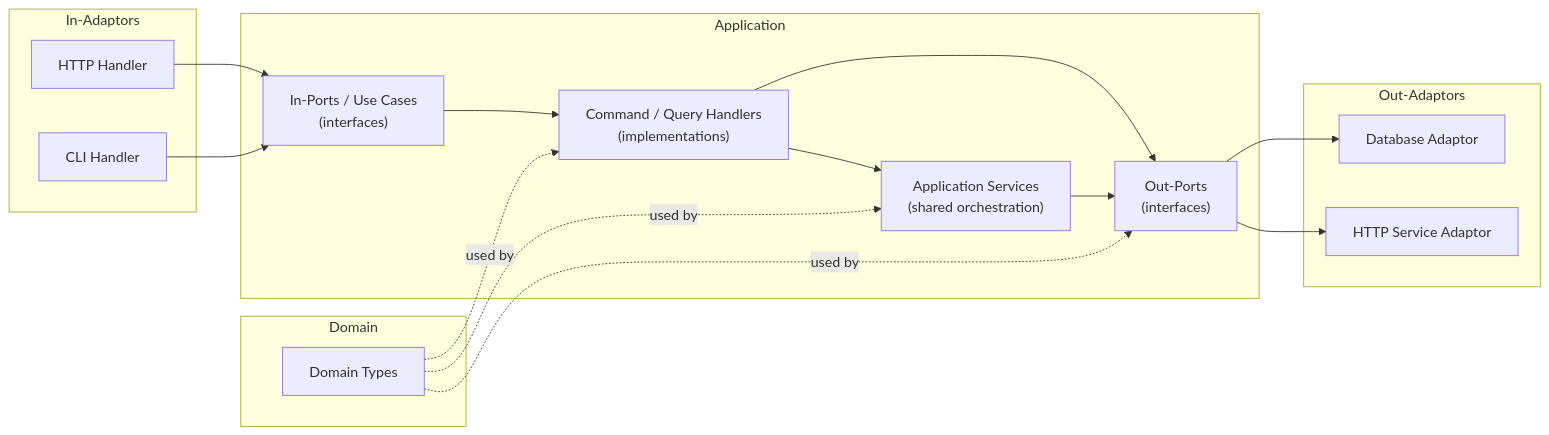
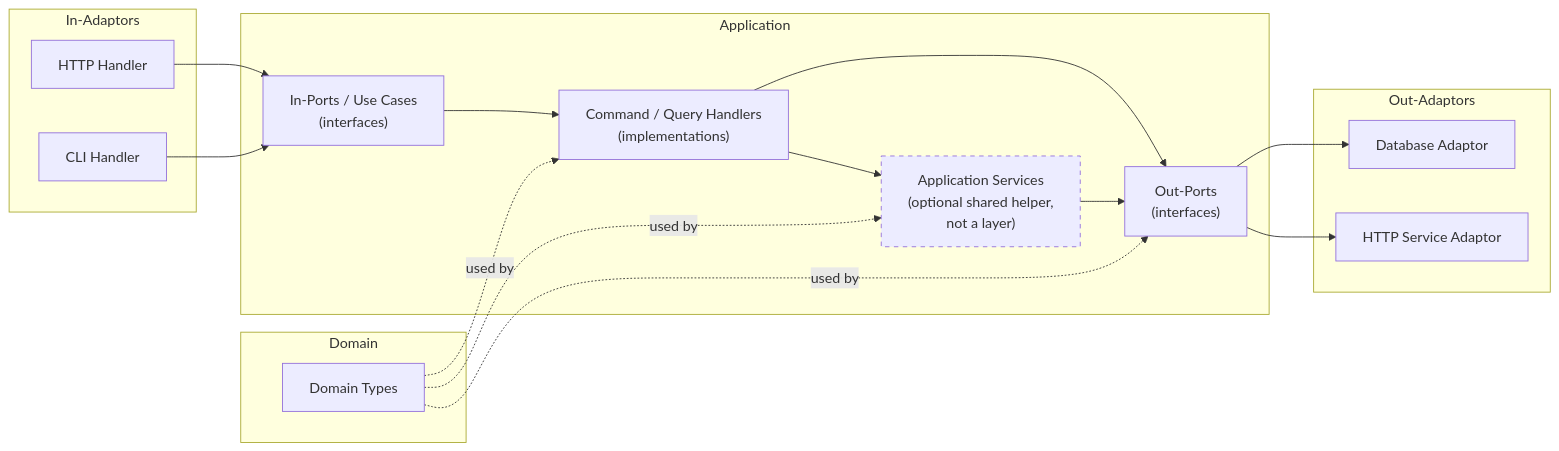
Before and after one commit to gypsydave5/gypsydave5.github.io: the first of 4 diagrams in posts/an_approach_to_testing_a_ports_and_adaptors_web_application.md, drawn with Mermaid. The commit also changed other lines of this file, not shown here.

First line of the commit message:
Fold application services into the use case layer

````diff
--- a/posts/an_approach_to_testing_a_ports_and_adaptors_web_application.md
+++ b/posts/an_approach_to_testing_a_ports_and_adaptors_web_application.md
@@ -116,36 +123,37 @@
 ```mermaid
 flowchart LR
     subgraph InAdaptors["In-Adaptors"]
         HTTP["HTTP Handler"]
         CLI["CLI Handler"]
     end
 
     subgraph Application["Application"]
         InPorts["In-Ports / Use Cases<br>(interfaces)"]
         CQH["Command / Query Handlers<br>(implementations)"]
-        AppSvc["Application Services<br>(shared orchestration)"]
+        AppSvc["Application Services<br>(optional shared helper,<br>not a layer)"]
         OutPorts["Out-Ports<br>(interfaces)"]
     end
+    style AppSvc stroke-dasharray: 5 5
 
     subgraph Domain["Domain"]
         DomainTypes["Domain Types"]
     end
 
     subgraph OutAdaptors["Out-Adaptors"]
         DB["Database Adaptor"]
         ExtSvc["HTTP Service Adaptor"]
     end
 
     HTTP --> InPorts
     CLI --> InPorts
     InPorts --> CQH
     CQH --> AppSvc
     CQH --> OutPorts
     AppSvc --> OutPorts
     OutPorts --> DB
     OutPorts --> ExtSvc
 
     DomainTypes -. "used by" .-> CQH
     DomainTypes -. "used by" .-> AppSvc
     DomainTypes -. "used by" .-> OutPorts
 ```
````
